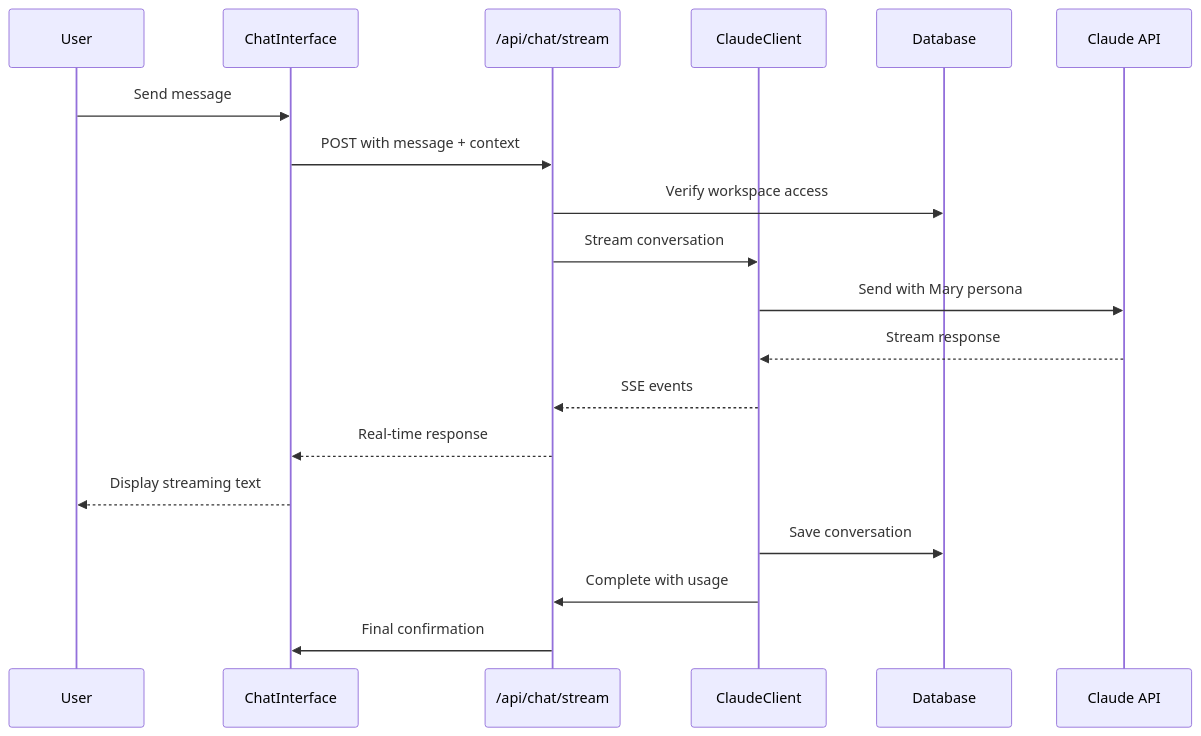
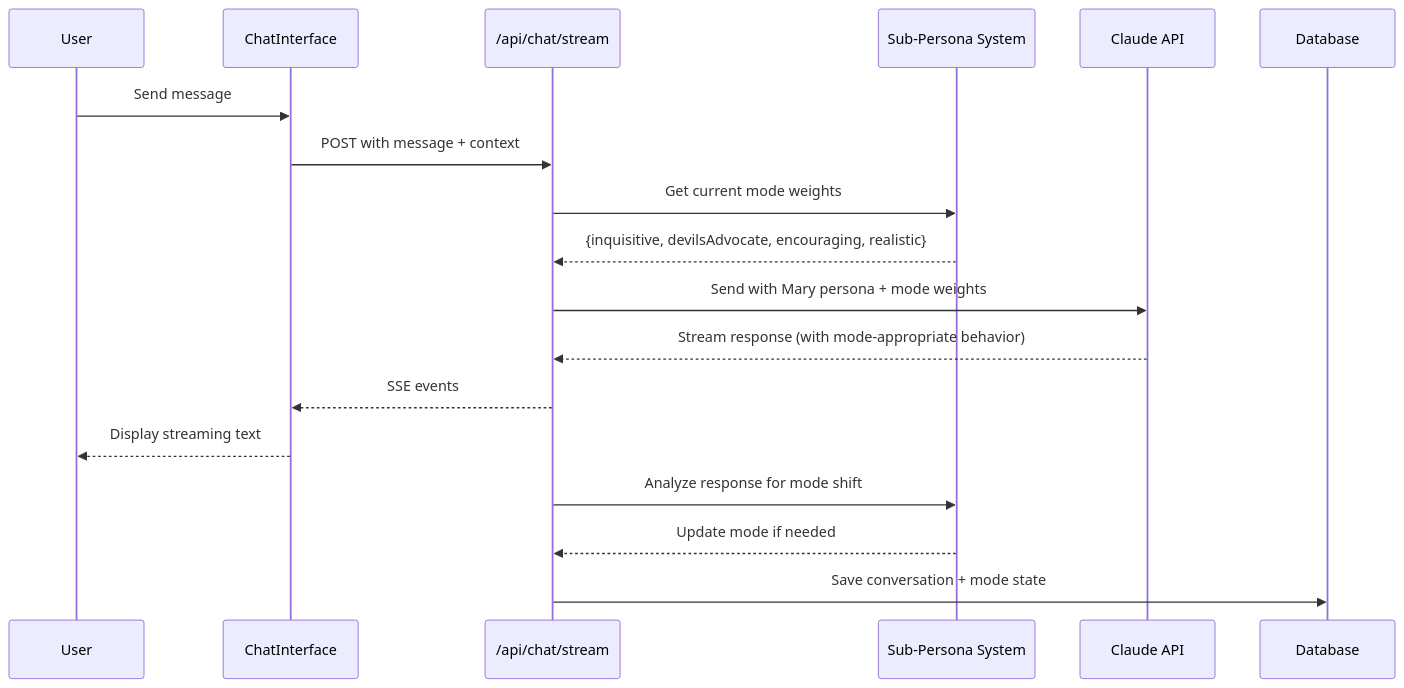
Before and after one commit to hollandkevint/ideally: the first of 3 diagrams in docs/architecture/core-workflows.md, drawn with Mermaid. The commit also changed other lines of this file and 27 other files, not shown here.

````diff
--- a/docs/architecture/core-workflows.md
+++ b/docs/architecture/core-workflows.md
@@ -5,24 +5,26 @@
 ```mermaid
 sequenceDiagram
     participant User
     participant ChatInterface
     participant APIRoute as /api/chat/stream
-    participant ClaudeClient
+    participant SubPersona as Sub-Persona System
+    participant Claude as Claude API
     participant Database
-    participant Claude as Claude API
-    
+
     User->>ChatInterface: Send message
     ChatInterface->>APIRoute: POST with message + context
-    APIRoute->>Database: Verify workspace access
-    APIRoute->>ClaudeClient: Stream conversation
-    ClaudeClient->>Claude: Send with Mary persona
-    
-    Claude-->>ClaudeClient: Stream response
-    ClaudeClient-->>APIRoute: SSE events
-    APIRoute-->>ChatInterface: Real-time response
+
+    APIRoute->>SubPersona: Get current mode weights
+    SubPersona-->>APIRoute: {inquisitive, devilsAdvocate, encouraging, realistic}
+
+    APIRoute->>Claude: Send with Mary persona + mode weights
+    Claude-->>APIRoute: Stream response (with mode-appropriate behavior)
+
+    APIRoute-->>ChatInterface: SSE events
     ChatInterface-->>User: Display streaming text
-    
-    ClaudeClient->>Database: Save conversation
-    ClaudeClient->>APIRoute: Complete with usage
-    APIRoute->>ChatInterface: Final confirmation
+
+    APIRoute->>SubPersona: Analyze response for mode shift
+    SubPersona-->>APIRoute: Update mode if needed
+
+    APIRoute->>Database: Save conversation + mode state
 ```
````
